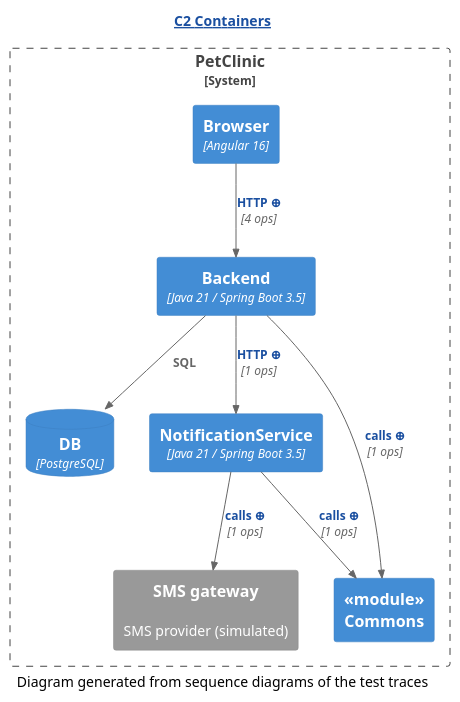
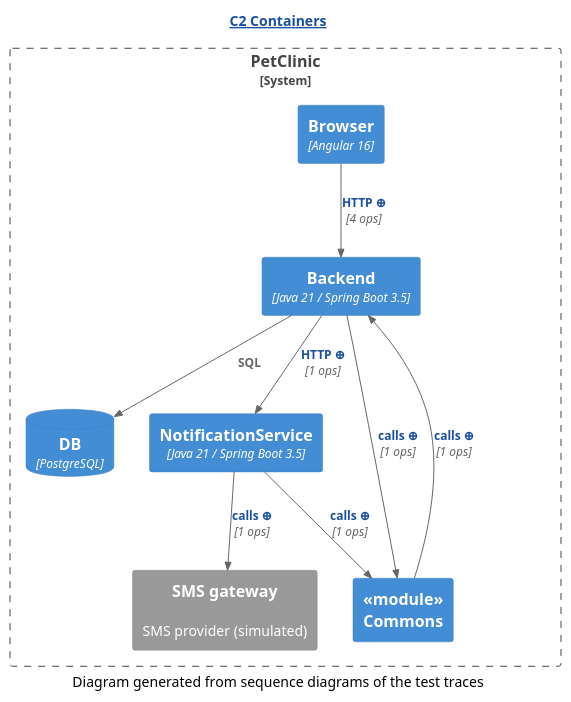
The diagram in demo/demo2/assets/c2/C2-Containers.new.puml (Winandvdb/human-review), drawn with PlantUML before and after one commit. The commit also changed 233 other files, not shown here.

```diff
--- a/demo/demo2/assets/c2/C2-Containers.new.puml
+++ b/demo/demo2/assets/c2/C2-Containers.new.puml
@@ -1,23 +1,24 @@
 @startuml
 ' ⚠️  GENERATED — projected from the sequence diagrams by c2-from-sequence.py.
 !include <C4/C4_Container>
 HIDE_STEREOTYPE()
 skinparam hyperlinkUnderline false
 skinparam hyperlinkColor #1A4FA0
 title [[https://c4model.com/diagrams/container{What is a C2 diagram?} C2 Containers]]
 System_Boundary(c2_system, "PetClinic") {
   Container(Backend, "Backend", "Java 21 / Spring Boot 3.5", "")
   Container(Browser, "Browser", "Angular 16", "")
   ContainerDb(DB, "DB", "PostgreSQL", "")
   Container(NotificationService, "NotificationService", "Java 21 / Spring Boot 3.5", "")
   System_Ext(SMS_gateway, "SMS gateway", "SMS provider (simulated)", "")
   Container(_module__nCommons, "«module»\nCommons", "", "")
 }
 Rel(Backend, DB, "SQL", "")
 Rel(Backend, NotificationService, "[[genseq://c2-279a196c9d{Click for the calls behind this line} HTTP ⊕]]", "1 ops")
 Rel(Backend, _module__nCommons, "[[genseq://c2-103d57f8db{Click for the calls behind this line} calls ⊕]]", "1 ops")
-Rel(Browser, Backend, "[[genseq://c2-43d2943456{Click for the calls behind this line} HTTP ⊕]]", "4 ops")
+Rel(Browser, Backend, "[[genseq://c2-32de166756{Click for the calls behind this line} HTTP ⊕]]", "4 ops")
 Rel(NotificationService, SMS_gateway, "[[genseq://c2-cb01a30b7a{Click for the calls behind this line} calls ⊕]]", "1 ops")
 Rel(NotificationService, _module__nCommons, "[[genseq://c2-e128eb6ba0{Click for the calls behind this line} calls ⊕]]", "1 ops")
+Rel(_module__nCommons, Backend, "[[genseq://c2-cd32149db2{Click for the calls behind this line} calls ⊕]]", "1 ops")
 caption Diagram generated from sequence diagrams of the test traces
 @enduml
```
